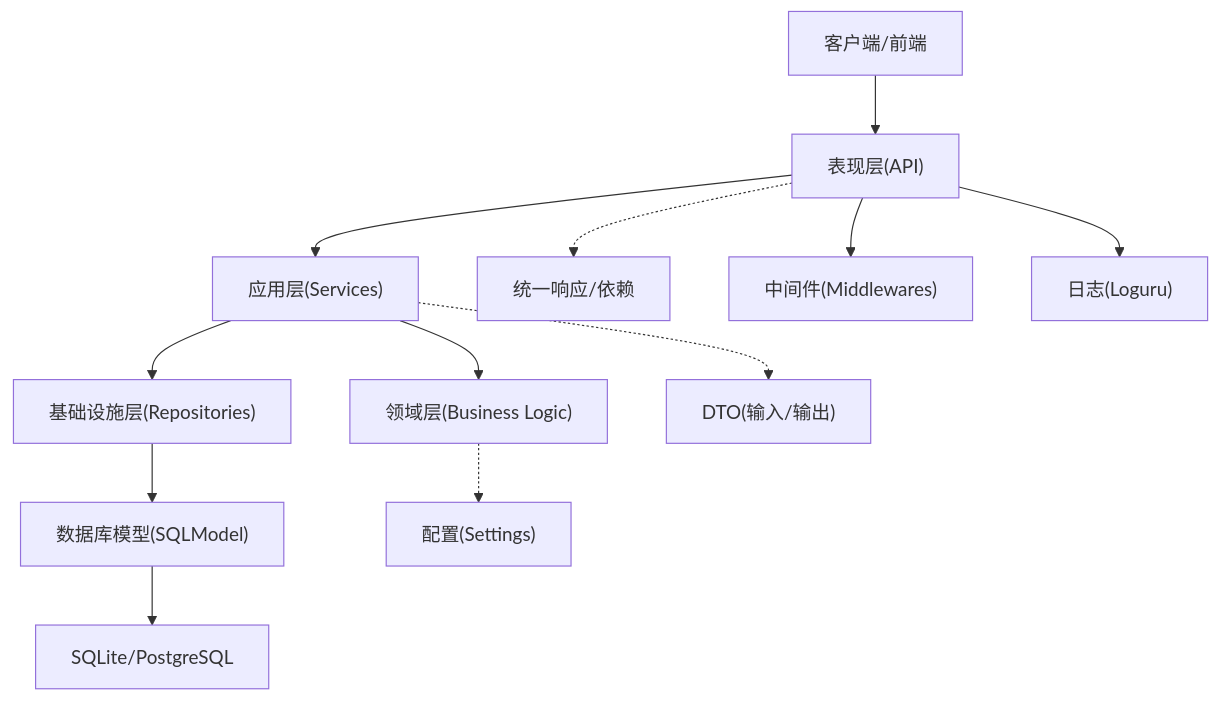
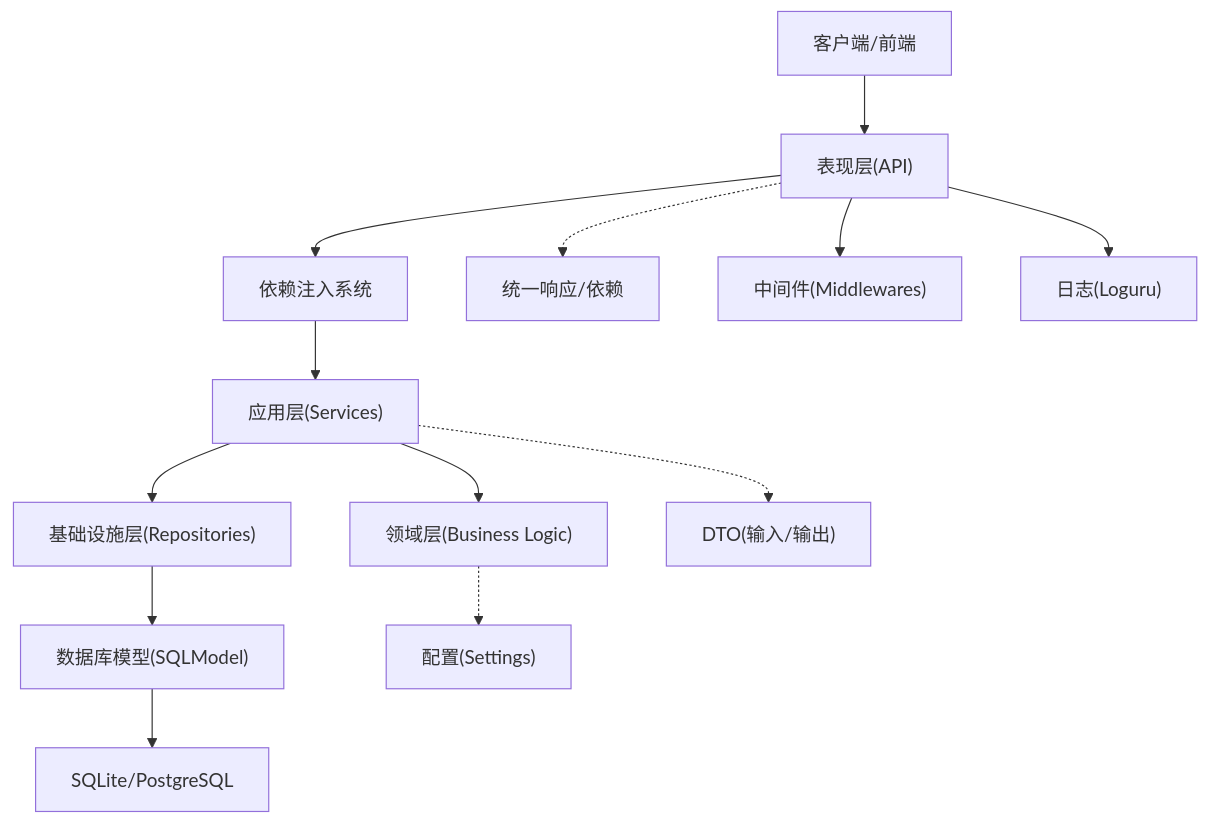
Before and after one commit to taoweidong/Hello-FastApi: the second of 8 diagrams in .qoder/repowiki/zh/content/后端架构设计/DDD 分层架构详解/DDD 分层架构详解.md, drawn with Mermaid. The commit also changed other lines of this file and 18 other files, not shown here.

````diff
--- a/.qoder/repowiki/zh/content/后端架构设计/DDD 分层架构详解/DDD 分层架构详解.md
+++ b/.qoder/repowiki/zh/content/后端架构设计/DDD 分层架构详解/DDD 分层架构详解.md
@@ -172,14 +166,15 @@
 ```mermaid
 graph TB
 Client["客户端/前端"] --> API["表现层(API)"]
-API --> AppSvc["应用层(Services)"]
+API --> DI["依赖注入系统"]
+DI --> AppSvc["应用层(Services)"]
 AppSvc --> Domain["领域层(Business Logic)"]
 AppSvc --> InfraRepo["基础设施层(Repositories)"]
 InfraRepo --> DB["数据库模型(SQLModel)"]
 DB --> Storage["SQLite/PostgreSQL"]
 API -.-> Common["统一响应/依赖"]
 AppSvc -.-> DTO["DTO(输入/输出)"]
 Domain -.-> Settings["配置(Settings)"]
 API --> Middlewares["中间件(Middlewares)"]
 API --> Logger["日志(Loguru)"]
 ```
````
